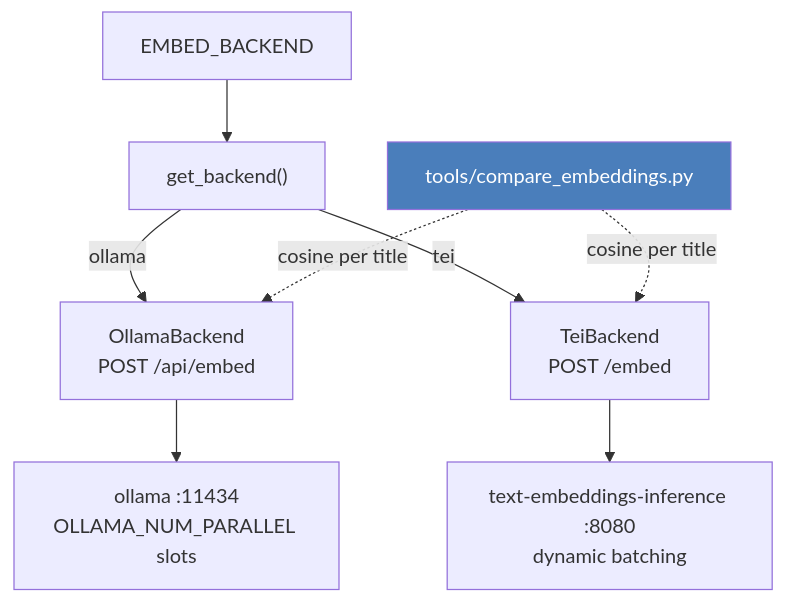
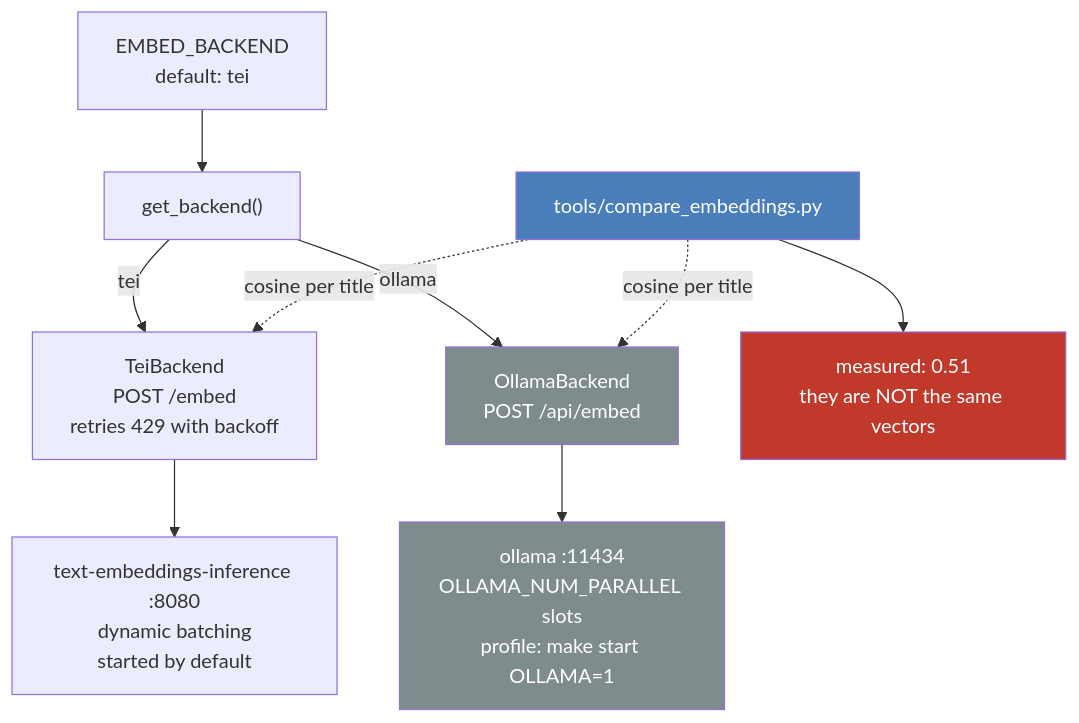
The third of 7 diagrams in article-02-vector-ingestion/ARCHITECTURE.md (Guillaume-Gozillon/search-lab-ingest), drawn with Mermaid before and after one commit. The commit also changed other lines of this file and 9 other files, not shown here.

First line of the commit message:
Make TEI the default engine, move Ollama behind a profile

````diff
--- a/article-02-vector-ingestion/ARCHITECTURE.md
+++ b/article-02-vector-ingestion/ARCHITECTURE.md
@@ -74,12 +74,16 @@
 ```mermaid
 flowchart TD
-    CFG["EMBED_BACKEND"] --> GB["get_backend()"]
+    CFG["EMBED_BACKEND<br/>default: tei"] --> GB["get_backend()"]
+    GB -->|tei| TB["TeiBackend<br/>POST /embed<br/>retries 429 with backoff"]
     GB -->|ollama| OB["OllamaBackend<br/>POST /api/embed"]
-    GB -->|tei| TB["TeiBackend<br/>POST /embed"]
-    OB --> OLL["ollama :11434<br/>OLLAMA_NUM_PARALLEL slots"]
-    TB --> TEI["text-embeddings-inference :8080<br/>dynamic batching"]
+    TB --> TEI["text-embeddings-inference :8080<br/>dynamic batching<br/>started by default"]
+    OB --> OLL["ollama :11434<br/>OLLAMA_NUM_PARALLEL slots<br/>profile: make start OLLAMA=1"]
     CMP["tools/compare_embeddings.py"] -.->|"cosine per title"| OB
     CMP -.->|"cosine per title"| TB
+    CMP --> FIND["measured: 0.51<br/>they are NOT the same vectors"]
 
     style CMP fill:#4a7ebb,color:#fff
+    style FIND fill:#c0392b,color:#fff
+    style OB fill:#7f8c8d,color:#fff
+    style OLL fill:#7f8c8d,color:#fff
 ```
````
